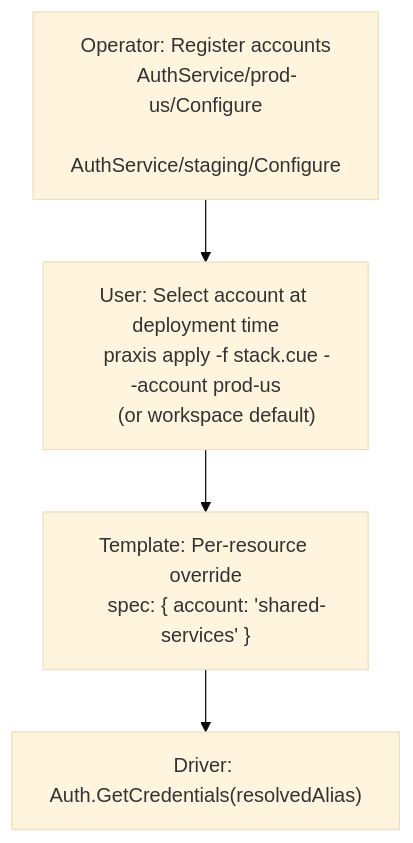
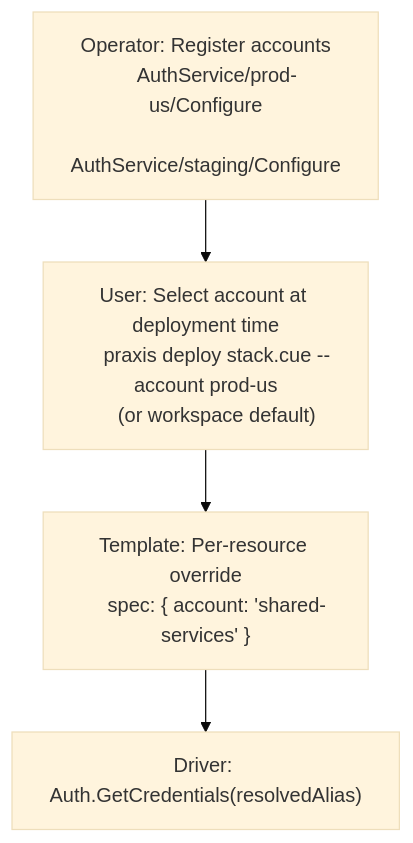
The second of 3 diagrams in docs/AUTH.md (shirvan/praxis), drawn with Mermaid (base theme) before and after one commit. The commit also changed other lines of this file and 179 other files, not shown here.

````diff
--- a/docs/AUTH.md
+++ b/docs/AUTH.md
@@ -229,11 +229,11 @@
 ```mermaid
 flowchart TD
     A["Operator: Register accounts
     AuthService/prod-us/Configure
     AuthService/staging/Configure"] --> B["User: Select account at deployment time
-    praxis apply -f stack.cue --account prod-us
+    praxis deploy stack.cue --account prod-us
     (or workspace default)"]
     B --> C["Template: Per-resource override
     spec: { account: 'shared-services' }"]
     C --> D["Driver: Auth.GetCredentials(resolvedAlias)"]
 ```
````
